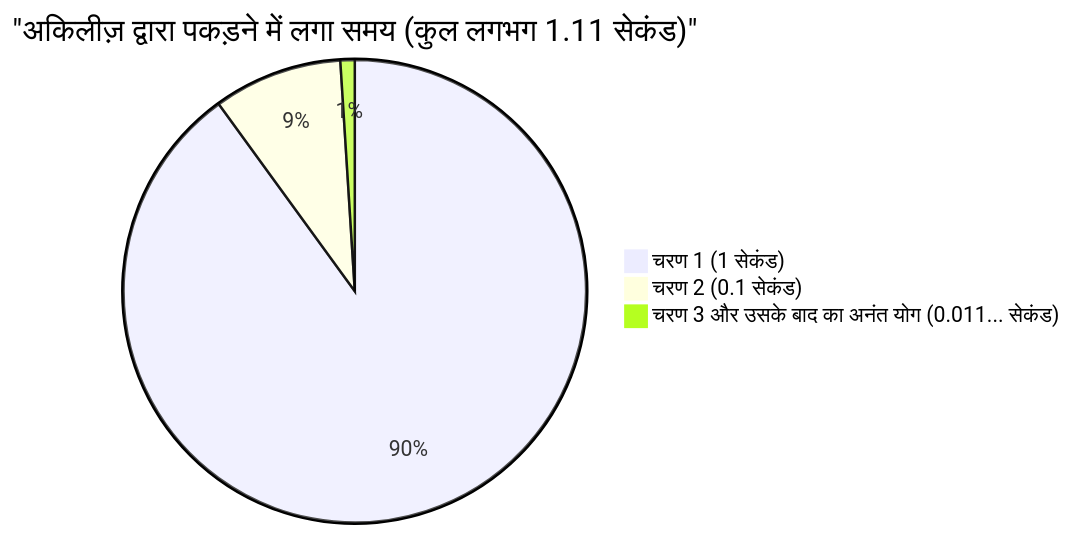
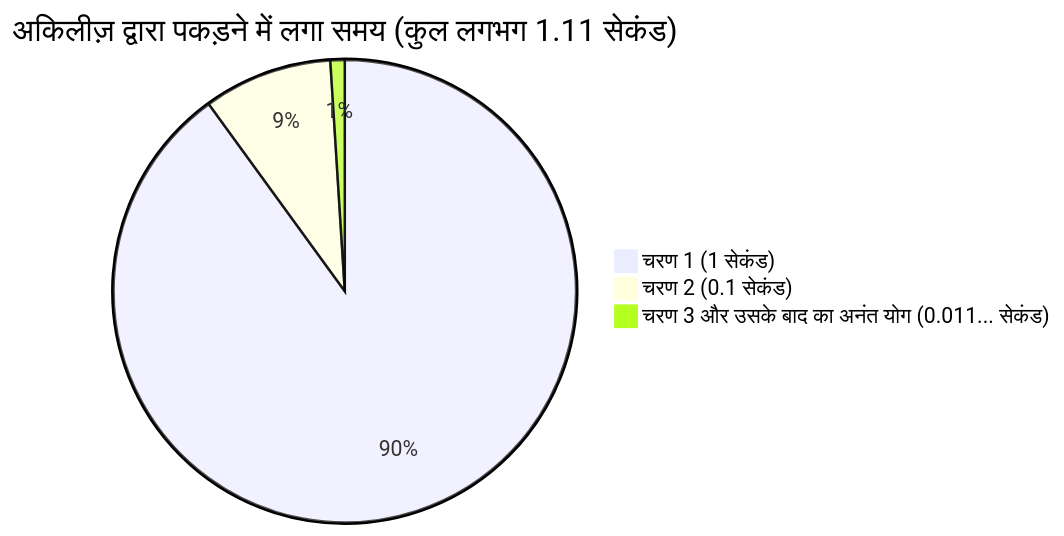
Before and after one commit to kenjinote/blog: the second of 2 diagrams in content/post/アキレスと亀/index.hi.md, drawn with Mermaid. The commit also changed other lines of this file and 703 other files, not shown here.

Commit message:
Fix: Remove quotes from Mermaid link texts and timeline definitions to support Mermaid 11.4.1

````diff
--- a/content/post/アキレスと亀/index.hi.md
+++ b/content/post/アキレスと亀/index.hi.md
@@ -116,6 +116,6 @@
 ```mermaid
-pie title "अकिलीज़ द्वारा पकड़ने में लगा समय (कुल लगभग 1.11 सेकंड)"
+pie title अकिलीज़ द्वारा पकड़ने में लगा समय (कुल लगभग 1.11 सेकंड)
     "चरण 1 (1 सेकंड)" : 90
     "चरण 2 (0.1 सेकंड)" : 9
     "चरण 3 और उसके बाद का अनंत योग (0.011... सेकंड)" : 1
 ```
````
